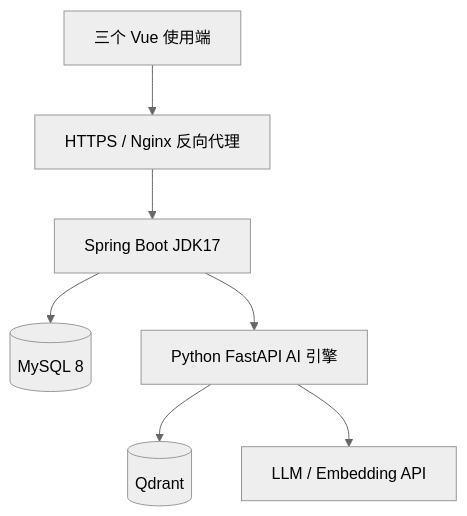
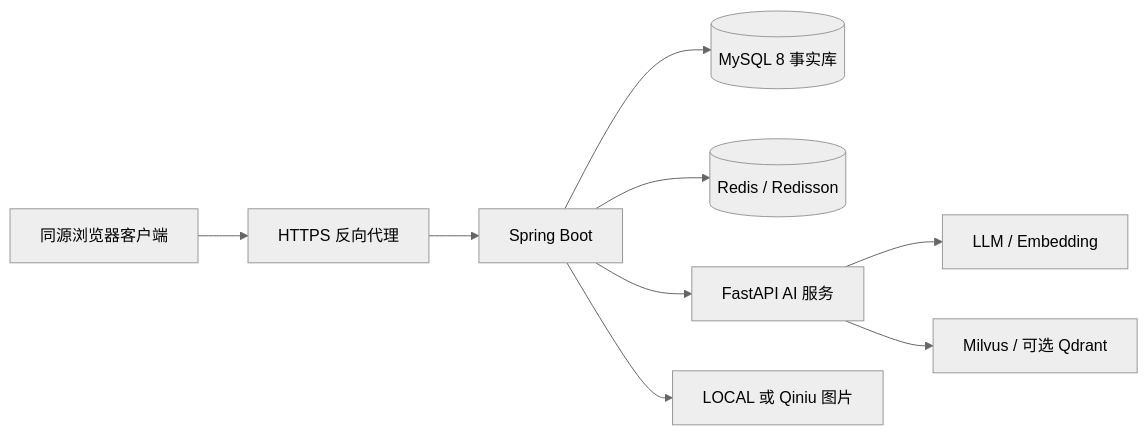
The diagram in docs/operations/deployment-checklist.md (ProfessorZJH/campus-shopping), drawn with Mermaid (neutral theme) before and after one commit. The commit also changed other lines of this file and 163 other files, not shown here.

````diff
--- a/docs/operations/deployment-checklist.md
+++ b/docs/operations/deployment-checklist.md
@@ -7,9 +7,11 @@
 ```mermaid
-flowchart TB
-    Browser[三个 Vue 使用端] --> Proxy[HTTPS / Nginx 反向代理]
-    Proxy --> Java[Spring Boot JDK17]
-    Java --> DB[(MySQL 8)]
-    Java --> Python[Python FastAPI AI 引擎]
-    Python --> Q[(Qdrant)]
-    Python --> Model[LLM / Embedding API]
+flowchart LR
+    Browser[同源浏览器客户端] --> Proxy[HTTPS 反向代理]
+    Proxy --> Java[Spring Boot]
+    Java --> MySQL[(MySQL 8 事实库)]
+    Java --> Redis[(Redis / Redisson)]
+    Java --> Python[FastAPI AI 服务]
+    Java --> Media[LOCAL 或 Qiniu 图片]
+    Python --> Models[LLM / Embedding]
+    Python --> Vectors[Milvus / 可选 Qdrant]
 ```
````
